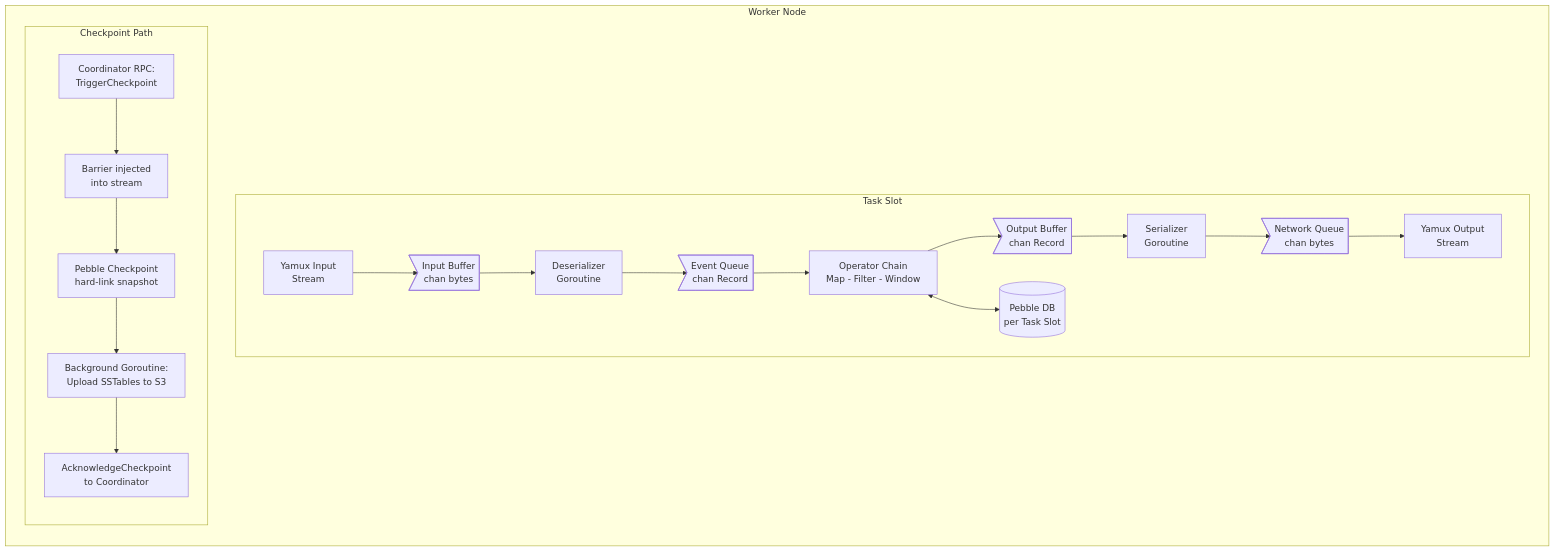
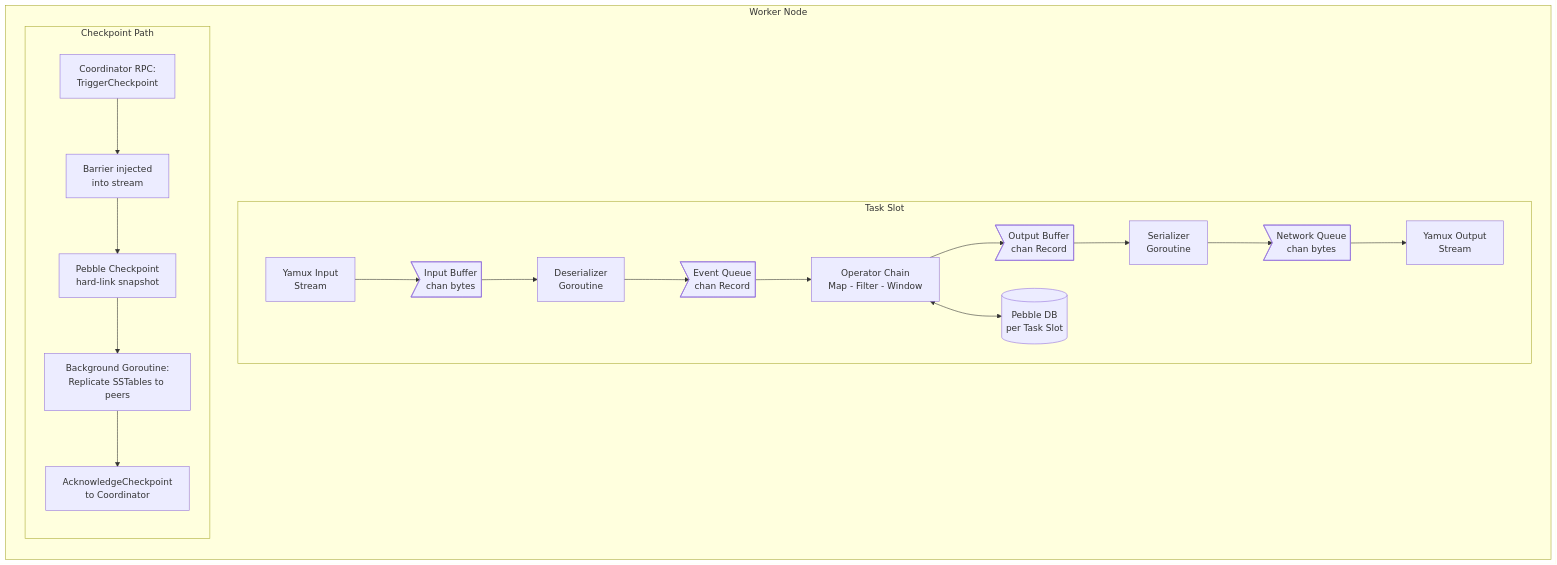
One commit to tarungka/wire changed the sixth of 12 diagrams in docs/diagrams.md. Above: the diagram before and after it, drawn with Mermaid. The commit also changed other lines of this file and 18 other files, not shown here.

````diff
--- a/docs/diagrams.md
+++ b/docs/diagrams.md
@@ -194,26 +194,26 @@
 ```mermaid
 flowchart LR
     subgraph WN["Worker Node"]
         subgraph TS["Task Slot"]
             direction LR
             IN["Yamux Input<br/>Stream"] --> CH1>"Input Buffer<br/>chan bytes"]
             CH1 --> DESER["Deserializer<br/>Goroutine"]
             DESER --> CH2>"Event Queue<br/>chan Record"]
             CH2 --> OP["Operator Chain<br/>Map - Filter - Window"]
             OP --> CH3>"Output Buffer<br/>chan Record"]
             CH3 --> SER["Serializer<br/>Goroutine"]
             SER --> CH4>"Network Queue<br/>chan bytes"]
             CH4 --> OUT["Yamux Output<br/>Stream"]
 
             OP <--> PEB[("Pebble DB<br/>per Task Slot")]
         end
 
         subgraph CP["Checkpoint Path"]
             direction TB
             RPC["Coordinator RPC:<br/>TriggerCheckpoint"] --> BAR["Barrier injected<br/>into stream"]
             BAR --> SNAP["Pebble Checkpoint<br/>hard-link snapshot"]
-            SNAP --> UPL["Background Goroutine:<br/>Upload SSTables to S3"]
+            SNAP --> UPL["Background Goroutine:<br/>Replicate SSTables to peers"]
             UPL --> ACK["AcknowledgeCheckpoint<br/>to Coordinator"]
         end
     end
 ```
````
